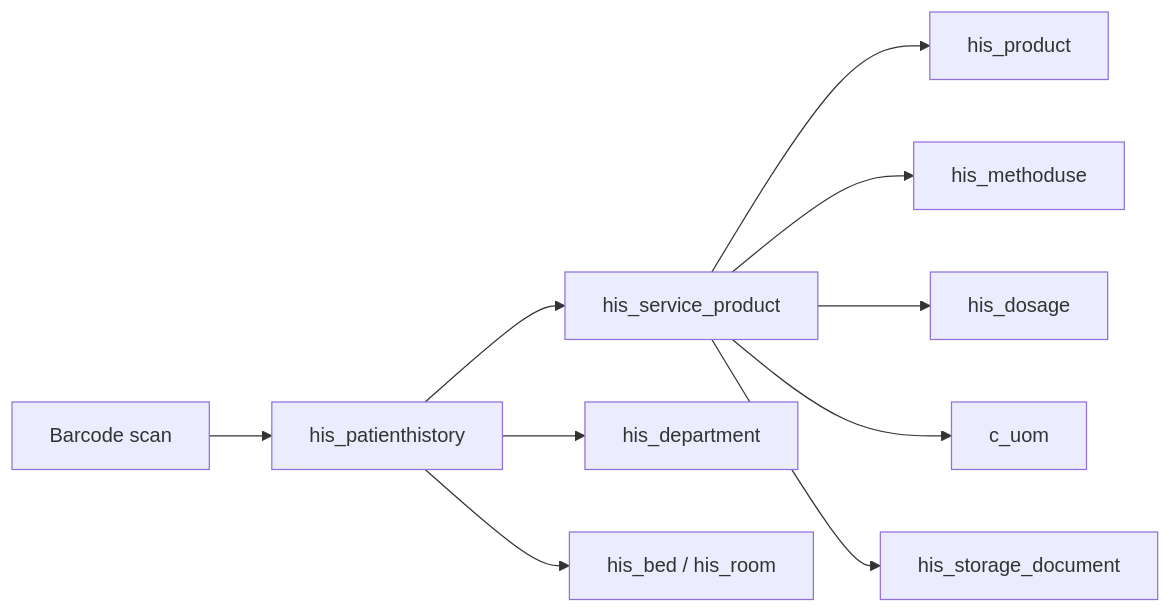
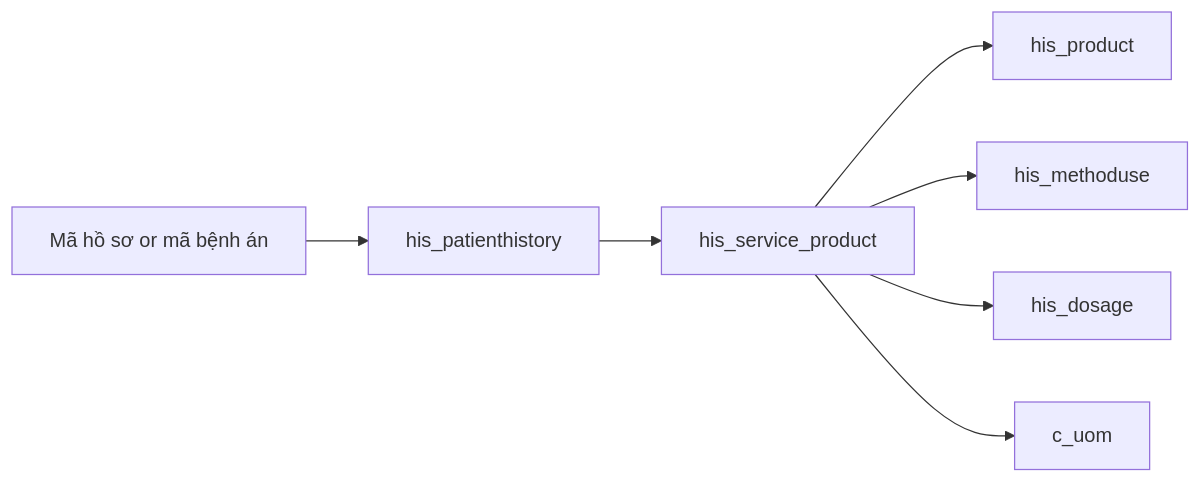
One commit to dathoangit/MedLable changed the diagram in docs/HIS_DB_MEDLABEL.md. Above: the diagram before and after it, drawn with Mermaid. The commit also changed other lines of this file and 22 other files, not shown here.

````diff
--- a/docs/HIS_DB_MEDLABEL.md
+++ b/docs/HIS_DB_MEDLABEL.md
@@ -7,12 +7,9 @@
 ```mermaid
 flowchart LR
-  scan[Barcode scan] --> ph[his_patienthistory]
+  scan[Mã hồ sơ or mã bệnh án] --> ph[his_patienthistory]
   ph --> sp[his_service_product]
   sp --> prod[his_product]
   sp --> mu[his_methoduse]
   sp --> dos[his_dosage]
   sp --> uom[c_uom]
-  sp --> storDoc[his_storage_document]
-  ph --> dept[his_department]
-  ph --> bed[his_bed / his_room]
 ```
````
